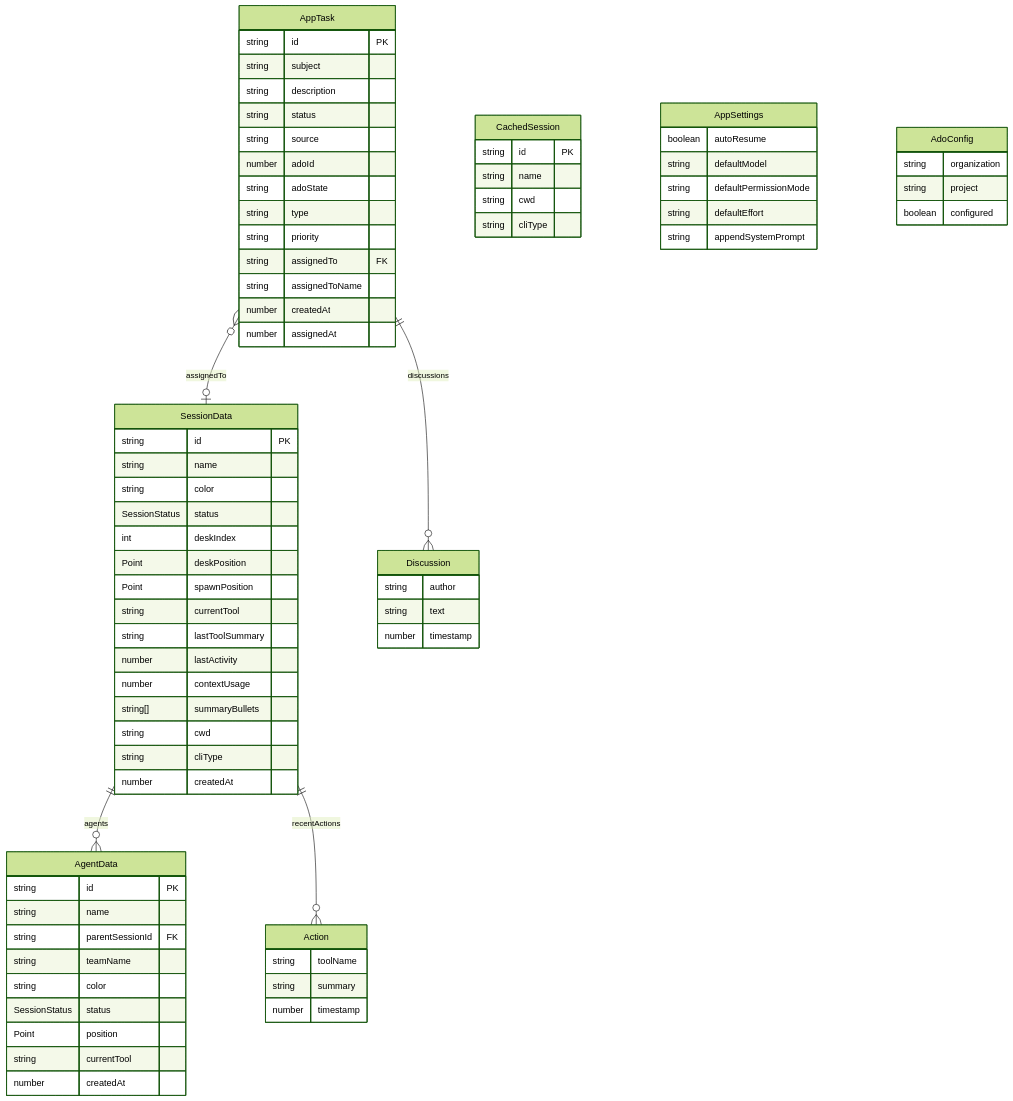
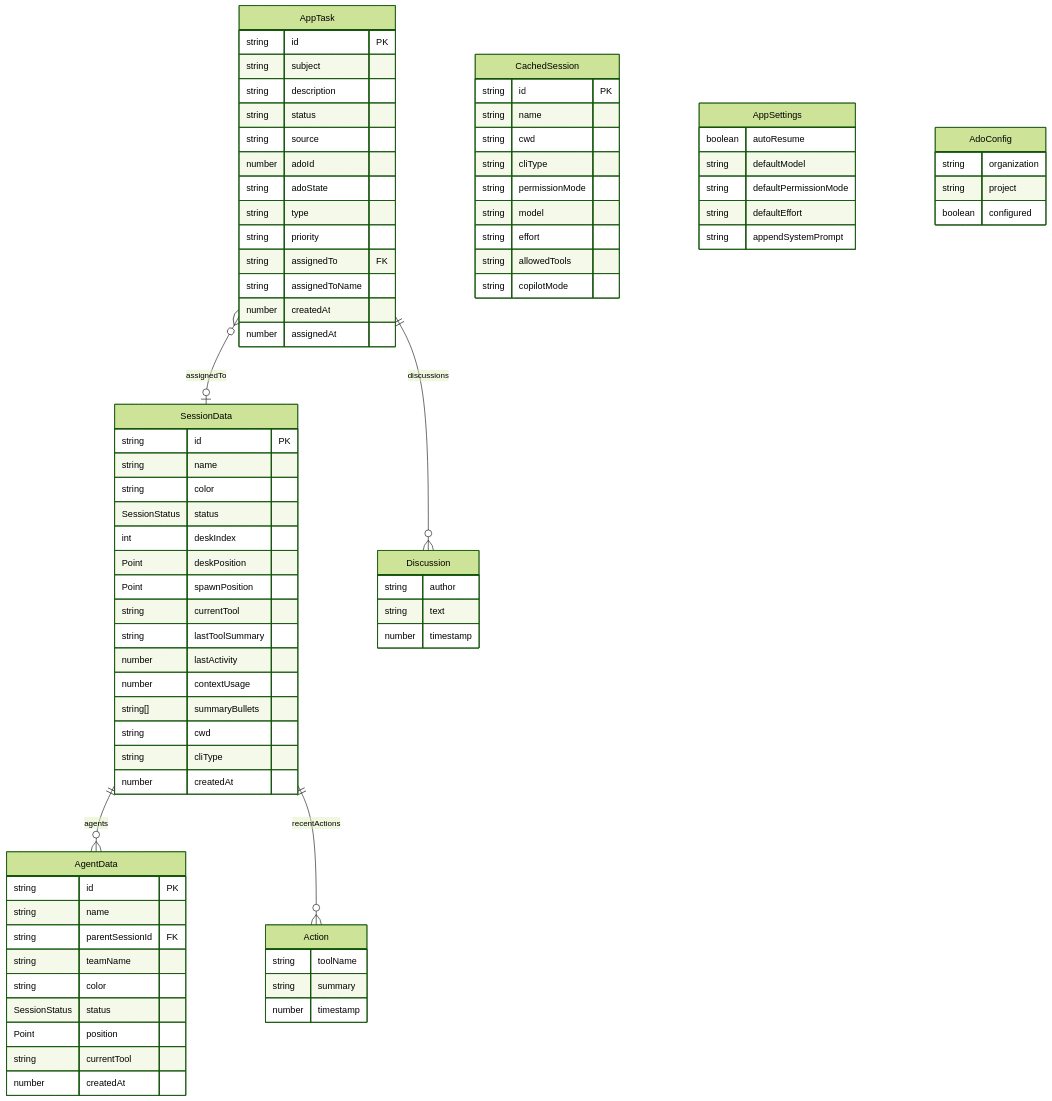
Before and after one commit to Nahom-Kefelegne/AgentMatrix: the fifth of 8 diagrams in docs/design/services-state.md, drawn with Mermaid (forest theme). The commit also changed other lines of this file and 25 other files, not shown here.

```diff
--- a/docs/design/services-state.md
+++ b/docs/design/services-state.md
@@ -348,6 +348,11 @@
         string name
         string cwd
         string cliType
+        string permissionMode
+        string model
+        string effort
+        string allowedTools
+        string copilotMode
     }
     AppSettings {
         boolean autoResume
```
